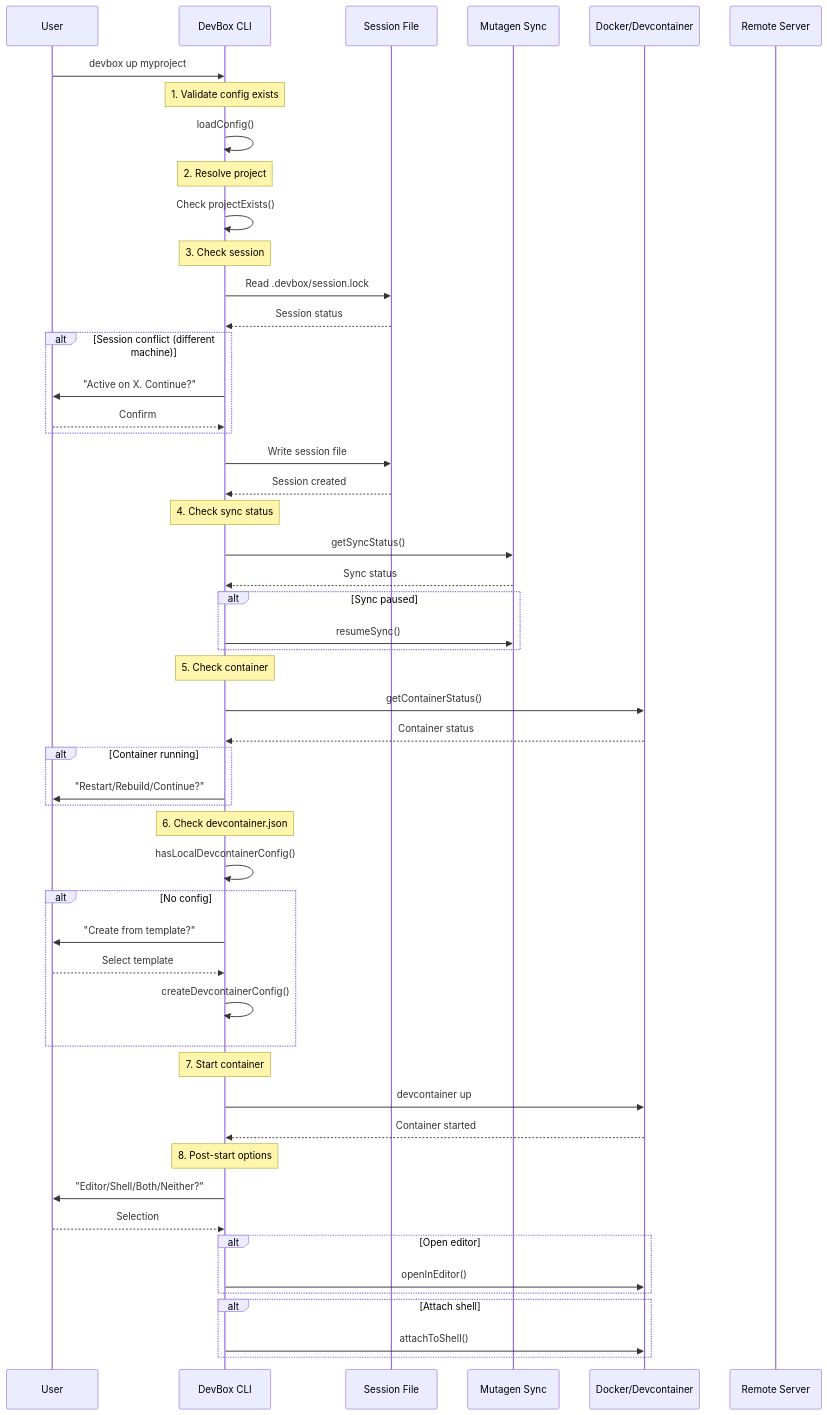
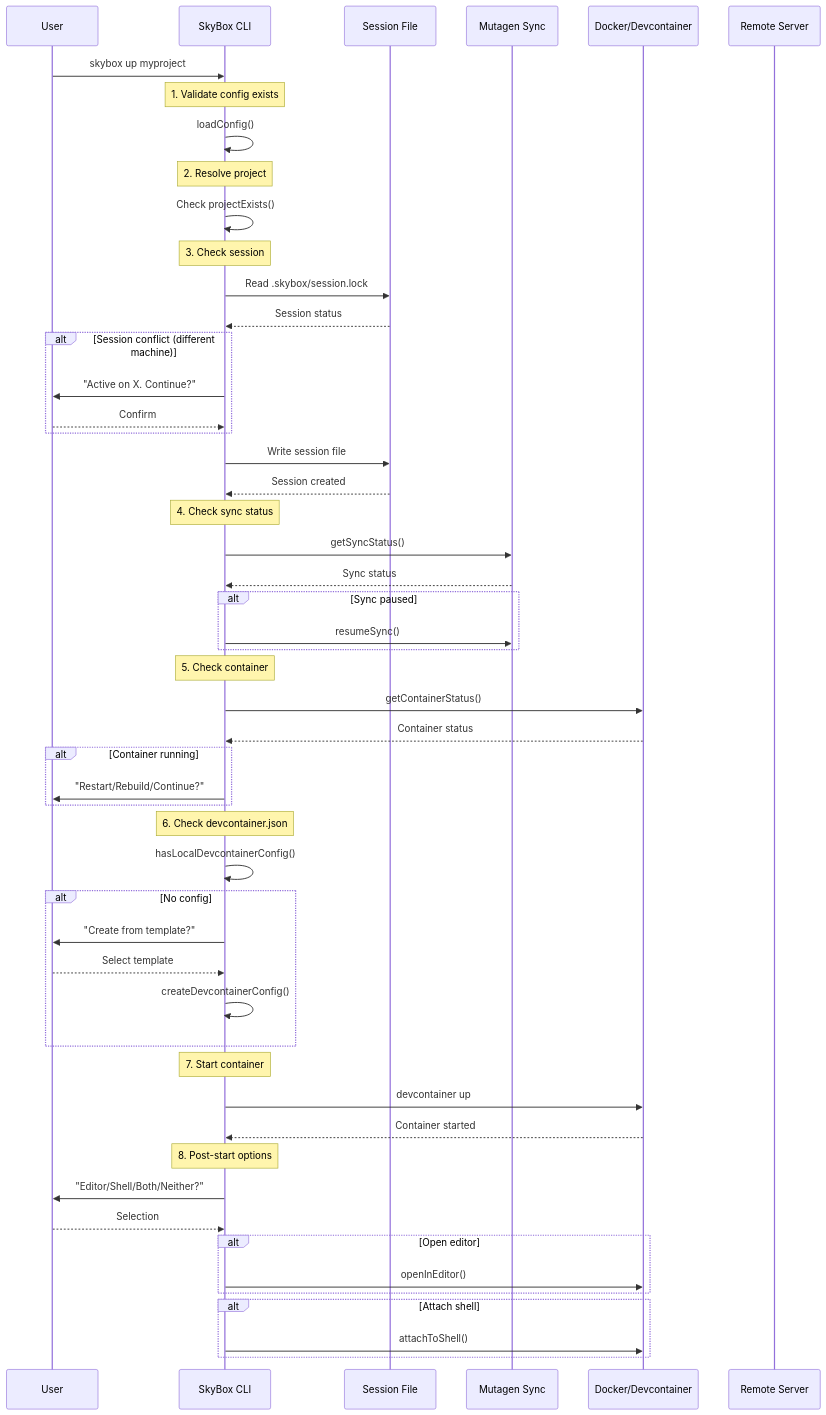
The second of 2 diagrams in docs/architecture/index.md (NoorXLabs/SkyBox), drawn with Mermaid before and after one commit. The commit also changed other lines of this file and 181 other files, not shown here.

First line of the commit message:
feat: rename devbox to skybox

````diff
--- a/docs/architecture/index.md
+++ b/docs/architecture/index.md
@@ -108,63 +108,63 @@
 ```mermaid
 sequenceDiagram
     participant User
-    participant CLI as DevBox CLI
+    participant CLI as SkyBox CLI
     participant Session as Session File
     participant Mutagen as Mutagen Sync
     participant Docker as Docker/Devcontainer
     participant Remote as Remote Server
 
-    User->>CLI: devbox up myproject
+    User->>CLI: skybox up myproject
 
     Note over CLI: 1. Validate config exists
     CLI->>CLI: loadConfig()
 
     Note over CLI: 2. Resolve project
     CLI->>CLI: Check projectExists()
 
     Note over CLI: 3. Check session
-    CLI->>Session: Read .devbox/session.lock
+    CLI->>Session: Read .skybox/session.lock
     Session-->>CLI: Session status
     alt Session conflict (different machine)
         CLI->>User: "Active on X. Continue?"
         User-->>CLI: Confirm
     end
     CLI->>Session: Write session file
     Session-->>CLI: Session created
 
     Note over CLI: 4. Check sync status
     CLI->>Mutagen: getSyncStatus()
     Mutagen-->>CLI: Sync status
     alt Sync paused
         CLI->>Mutagen: resumeSync()
     end
 
     Note over CLI: 5. Check container
     CLI->>Docker: getContainerStatus()
     Docker-->>CLI: Container status
     alt Container running
         CLI->>User: "Restart/Rebuild/Continue?"
     end
 
     Note over CLI: 6. Check devcontainer.json
     CLI->>CLI: hasLocalDevcontainerConfig()
     alt No config
         CLI->>User: "Create from template?"
         User-->>CLI: Select template
         CLI->>CLI: createDevcontainerConfig()
     end
 
     Note over CLI: 7. Start container
     CLI->>Docker: devcontainer up
     Docker-->>CLI: Container started
 
     Note over CLI: 8. Post-start options
     CLI->>User: "Editor/Shell/Both/Neither?"
     User-->>CLI: Selection
     alt Open editor
         CLI->>Docker: openInEditor()
     end
     alt Attach shell
         CLI->>Docker: attachToShell()
     end
 ```
````
